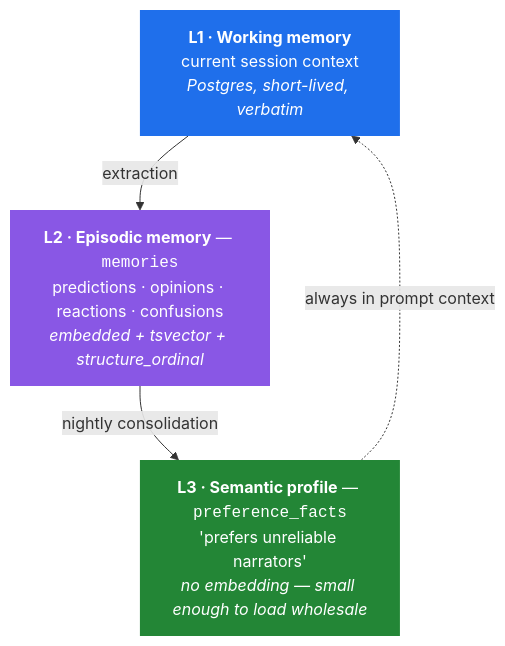
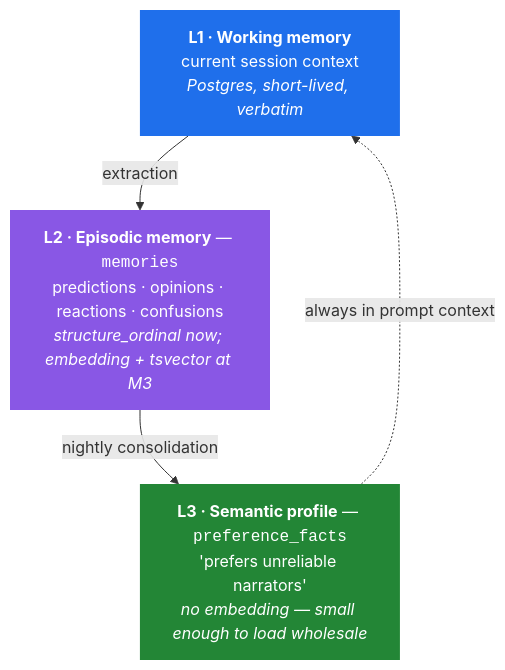
One commit to aabu4537/ALAM changed the second of 3 diagrams in README.md. Above: the diagram before and after it, drawn with Mermaid. The commit also changed other lines of this file and 40 other files, not shown here.

````diff
--- a/README.md
+++ b/README.md
@@ -90,14 +93,14 @@
 ```mermaid
 flowchart TD
     L1["<b>L1 · Working memory</b><br/>current session context<br/><i>Postgres, short-lived, verbatim</i>"]
-    L2["<b>L2 · Episodic memory</b> — <code>memories</code><br/>predictions · opinions · reactions · confusions<br/><i>embedded + tsvector + structure_ordinal</i>"]
+    L2["<b>L2 · Episodic memory</b> — <code>memories</code><br/>predictions · opinions · reactions · confusions<br/><i>structure_ordinal now; embedding + tsvector at M3</i>"]
     L3["<b>L3 · Semantic profile</b> — <code>preference_facts</code><br/>'prefers unreliable narrators'<br/><i>no embedding — small enough to load wholesale</i>"]
 
     L1 -->|extraction| L2
     L2 -->|nightly consolidation| L3
     L3 -.->|always in prompt context| L1
 
     style L1 fill:#1f6feb,color:#fff,stroke:none
     style L2 fill:#8957e5,color:#fff,stroke:none
     style L3 fill:#238636,color:#fff,stroke:none
 ```
````
